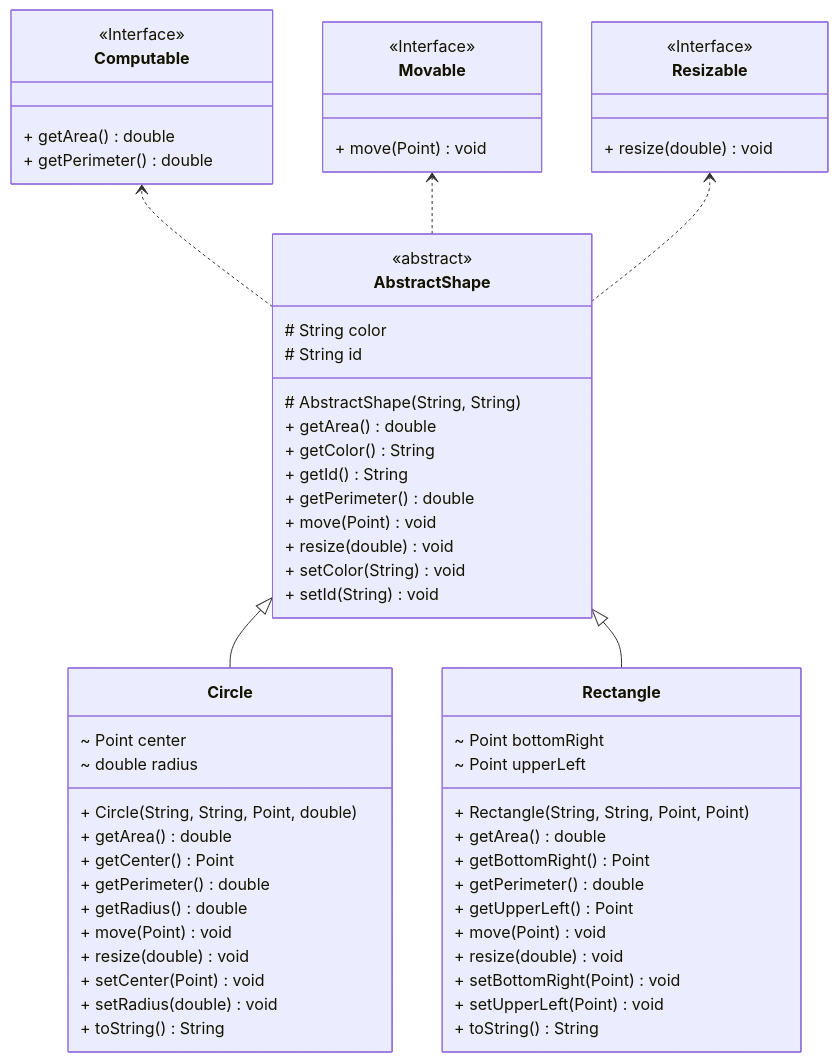
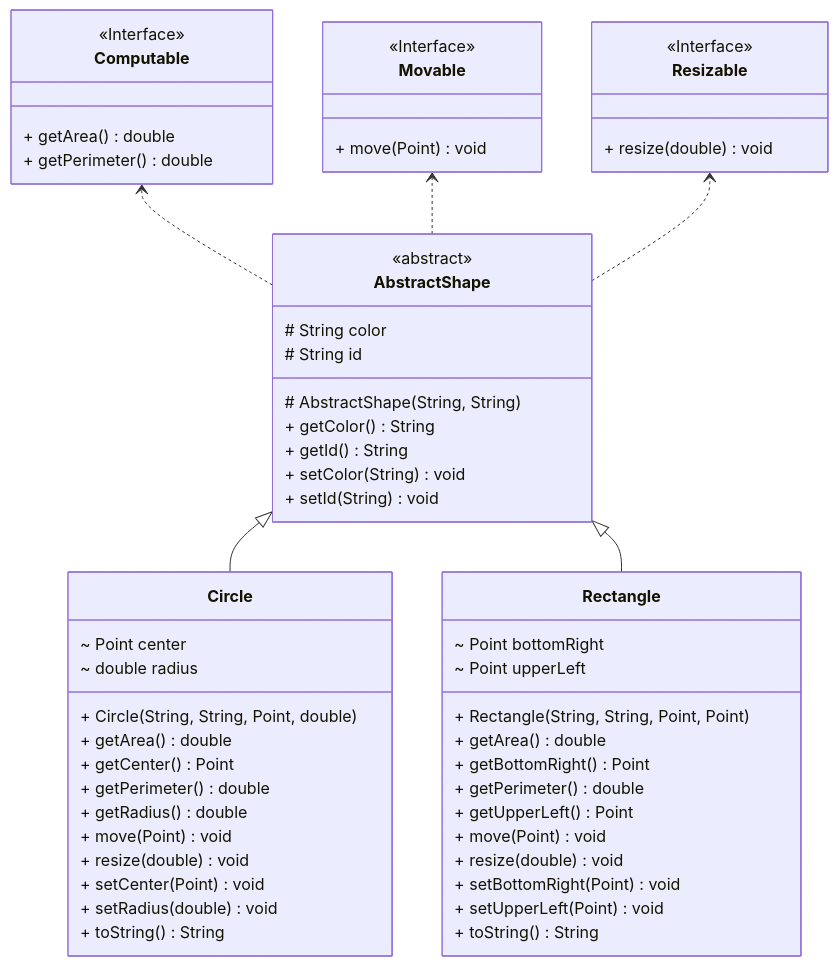
Before and after one commit to nbicocchi/learn-java-core: diagram 11 of 13 in code/exercises/src/main/java/com/nbicocchi/exercises/oop/README.md, drawn with Mermaid.

Commit message:
Not sure of this commit but in the class AbstractShape of the package shape there are only the constructor,getter and setter as methods.

````diff
--- a/code/exercises/src/main/java/com/nbicocchi/exercises/oop/README.md
+++ b/code/exercises/src/main/java/com/nbicocchi/exercises/oop/README.md
@@ -439,65 +439,61 @@
 ```mermaid
 classDiagram
 direction BT
 class Computable {
     <<Interface>>
     + getArea() double
     + getPerimeter() double
 }
 class Movable {
     <<Interface>>
     + move(Point) void
 }
 class Resizable {
     <<Interface>>
     + resize(double) void
 }
 class AbstractShape {
   <<abstract>>
   # String color
   # String id
-  # AbstractShape(String, String) 
-  + getArea() double
+  # AbstractShape(String, String)
   + getColor() String
   + getId() String
-  + getPerimeter() double
-  + move(Point) void
-  + resize(double) void
   + setColor(String) void
   + setId(String) void
 }
 class Circle {
   ~ Point center
   ~ double radius
   + Circle(String, String, Point, double) 
   + getArea() double
   + getCenter() Point
   + getPerimeter() double
   + getRadius() double
   + move(Point) void
   + resize(double) void
   + setCenter(Point) void
   + setRadius(double) void
   + toString() String
 }
 class Rectangle {
   ~ Point bottomRight
   ~ Point upperLeft
   + Rectangle(String, String, Point, Point) 
   + getArea() double
   + getBottomRight() Point
   + getPerimeter() double
   + getUpperLeft() Point
   + move(Point) void
   + resize(double) void
   + setBottomRight(Point) void
   + setUpperLeft(Point) void
   + toString() String
 }
 
 AbstractShape  ..>  Computable 
 AbstractShape  ..>  Movable 
 AbstractShape  ..>  Resizable 
 Circle  --|>  AbstractShape 
 Rectangle  --|>  AbstractShape 
 ```
````
